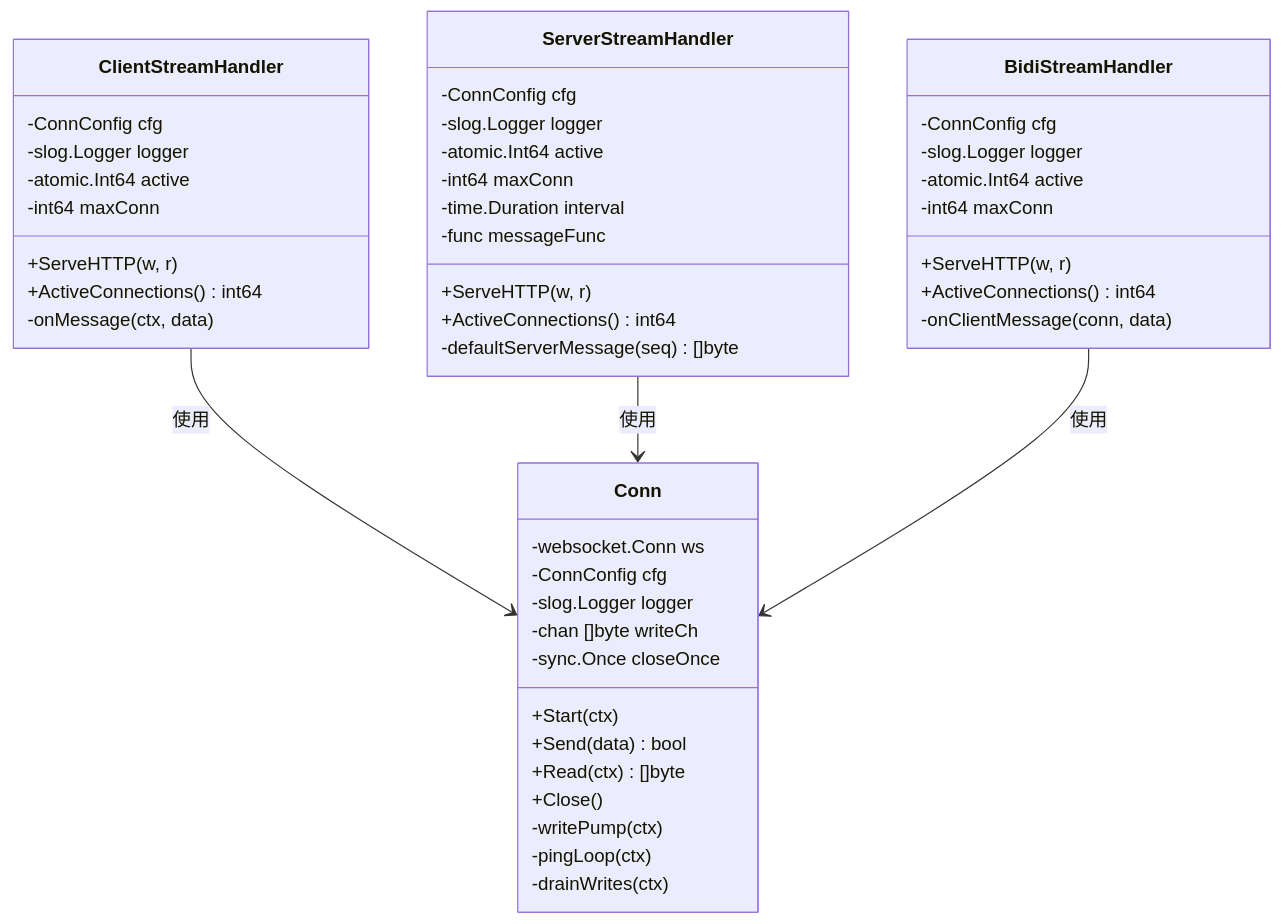
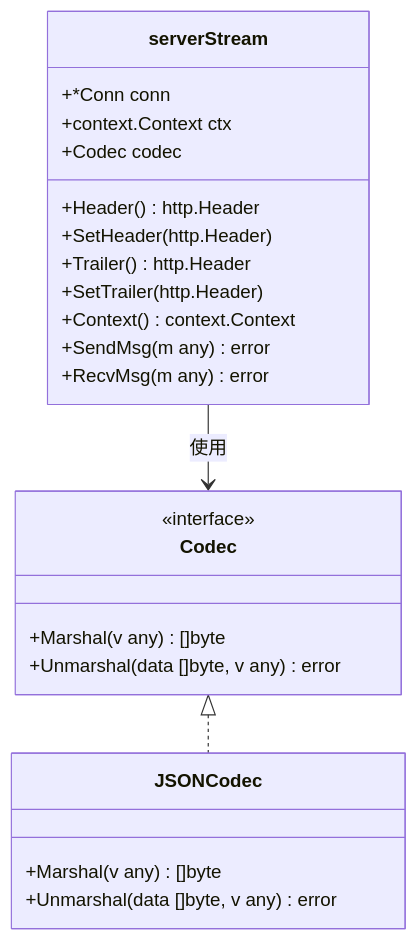
The fourth of 15 diagrams in .agents/repowiki/zh/content/示例和最佳实践/WebSocket流式系统.md (soyacen/goose), drawn with Mermaid before and after one commit. The commit also changed other lines of this file and 23 other files, not shown here.

````diff
--- a/.agents/repowiki/zh/content/示例和最佳实践/WebSocket流式系统.md
+++ b/.agents/repowiki/zh/content/示例和最佳实践/WebSocket流式系统.md
@@ -118,49 +200,26 @@
 ```mermaid
 classDiagram
-class ClientStreamHandler {
--ConnConfig cfg
--slog.Logger logger
--atomic.Int64 active
--int64 maxConn
-+ServeHTTP(w, r)
-+ActiveConnections() int64
--onMessage(ctx, data)
+class Codec {
+<<interface>>
++Marshal(v any) []byte
++Unmarshal(data []byte, v any) error
 }
-class ServerStreamHandler {
--ConnConfig cfg
--slog.Logger logger
--atomic.Int64 active
--int64 maxConn
--time.Duration interval
--func messageFunc
-+ServeHTTP(w, r)
-+ActiveConnections() int64
--defaultServerMessage(seq) []byte
+class JSONCodec {
++Marshal(v any) []byte
++Unmarshal(data []byte, v any) error
 }
-class BidiStreamHandler {
--ConnConfig cfg
--slog.Logger logger
--atomic.Int64 active
--int64 maxConn
-+ServeHTTP(w, r)
-+ActiveConnections() int64
--onClientMessage(conn, data)
+class serverStream {
++*Conn conn
++context.Context ctx
++Codec codec
++Header() http.Header
++SetHeader(http.Header)
++Trailer() http.Header
++SetTrailer(http.Header)
++Context() context.Context
++SendMsg(m any) error
++RecvMsg(m any) error
 }
-class Conn {
--websocket.Conn ws
--ConnConfig cfg
--slog.Logger logger
--chan []byte writeCh
--sync.Once closeOnce
-+Start(ctx)
-+Send(data) bool
-+Read(ctx) []byte
-+Close()
--writePump(ctx)
--pingLoop(ctx)
--drainWrites(ctx)
-}
-ClientStreamHandler --> Conn : 使用
-ServerStreamHandler --> Conn : 使用
-BidiStreamHandler --> Conn : 使用
+Codec <|.. JSONCodec
+serverStream --> Codec : 使用
 ```
````
